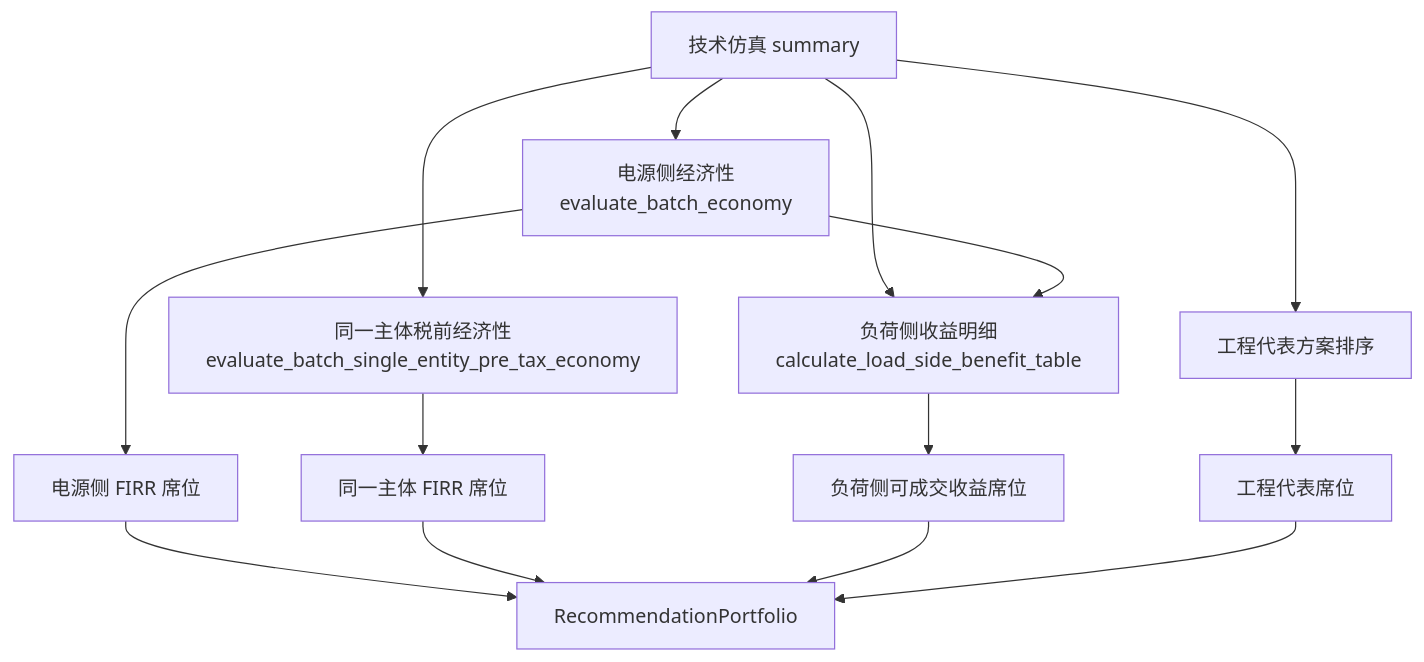
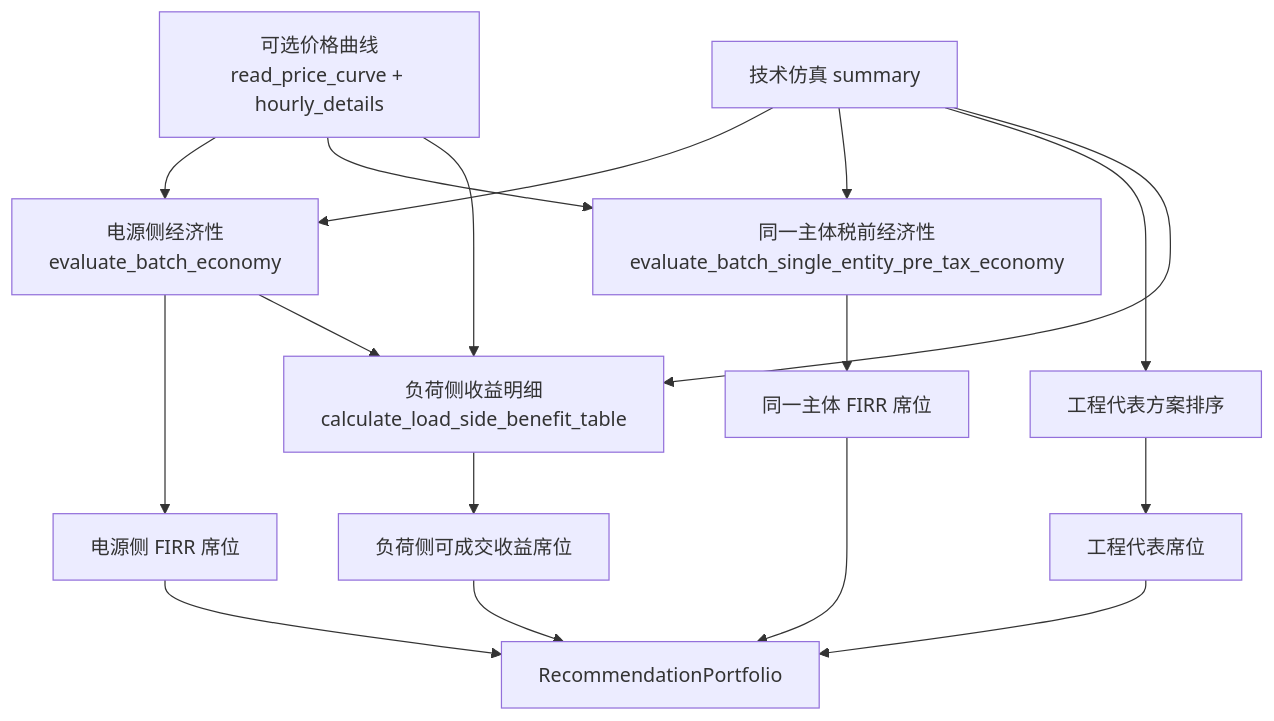
Before and after one commit to mordecairegular/green-direct-platform: the diagram in docs/ECONOMY_RECOMMENDATION_V1_MAP.md, drawn with Mermaid. The commit also changed other lines of this file and 95 other files, not shown here.

Commit message:
feat(ui): surface price-curve workflow and landed price metrics

````diff
--- a/docs/ECONOMY_RECOMMENDATION_V1_MAP.md
+++ b/docs/ECONOMY_RECOMMENDATION_V1_MAP.md
@@ -47,16 +49,19 @@
 ```mermaid
 flowchart TD
     A["技术仿真 summary"] --> B["电源侧经济性<br/>evaluate_batch_economy"]
+    P["可选价格曲线<br/>read_price_curve + hourly_details"] --> B
+    P --> C
+    P --> G
     A --> C["同一主体税前经济性<br/>evaluate_batch_single_entity_pre_tax_economy"]
     A --> D["工程代表方案排序"]
     B --> E["电源侧 FIRR 席位"]
     C --> F["同一主体 FIRR 席位"]
     A --> G["负荷侧收益明细<br/>calculate_load_side_benefit_table"]
     B --> G
     G --> H["负荷侧可成交收益席位"]
     D --> I["工程代表席位"]
     E --> J["RecommendationPortfolio"]
     F --> J
     H --> J
     I --> J
 ```
````
